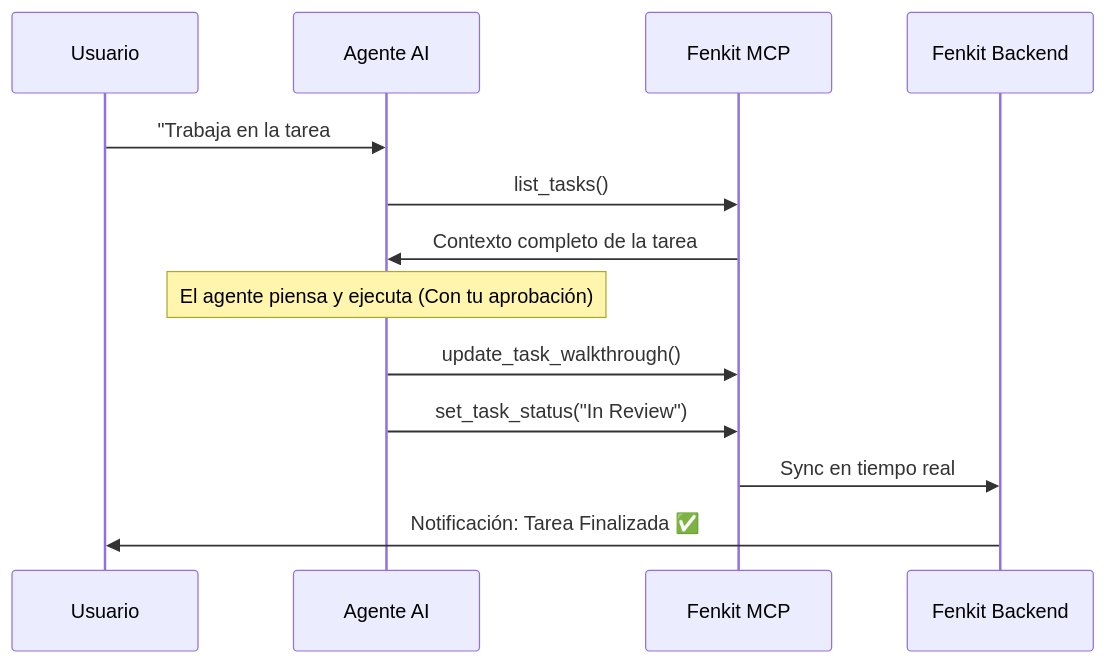
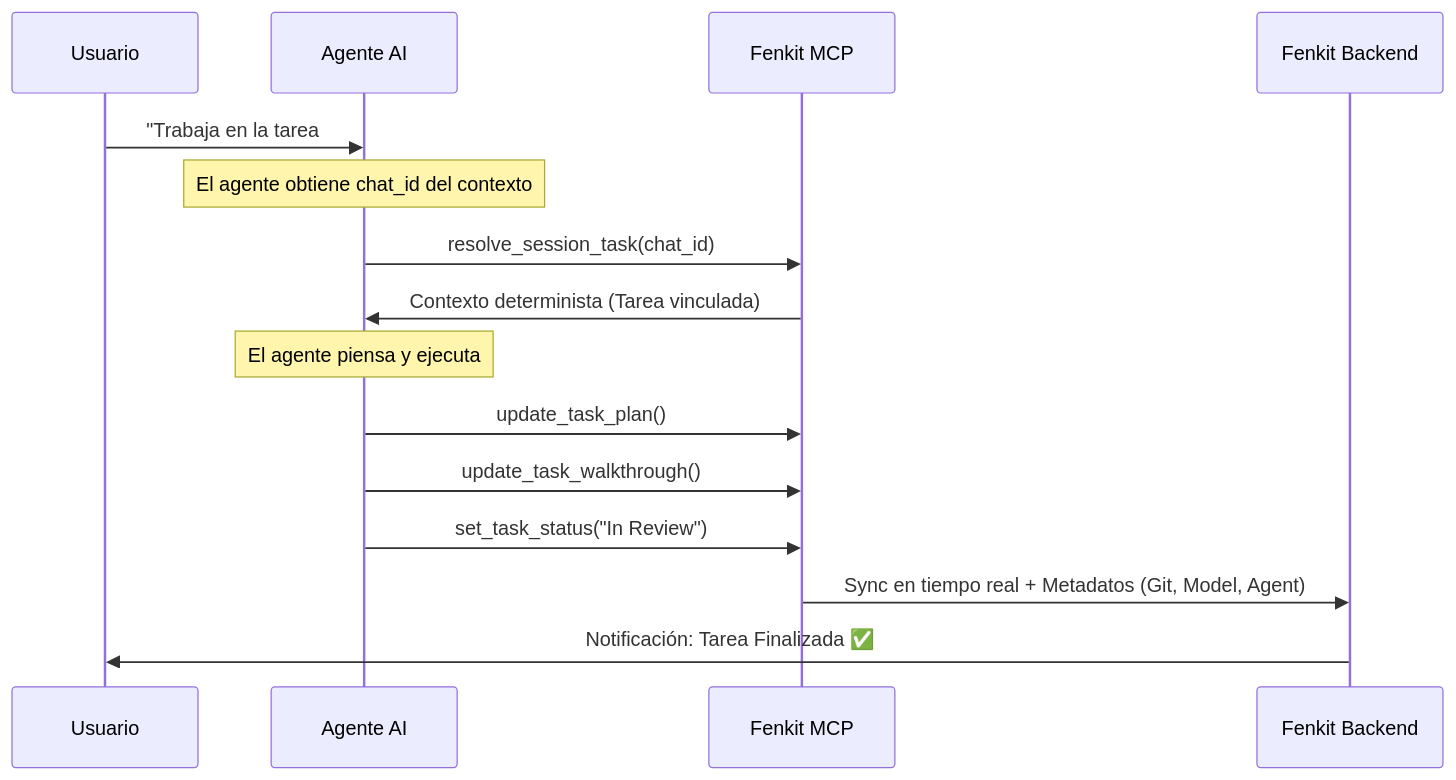
The diagram in README.md (DiegoEDG/fenkit-mcp), drawn with Mermaid before and after one commit. The commit also changed other lines of this file, not shown here.

````diff
--- a/README.md
+++ b/README.md
@@ -19,16 +19,18 @@
 ```mermaid
 sequenceDiagram
     participant U as Usuario
     participant A as Agente AI
     participant M as Fenkit MCP
     participant B as Fenkit Backend
 
     U->>A: "Trabaja en la tarea #42"
-    A->>M: list_tasks()
-    M->>A: Contexto completo de la tarea
-    Note over A: El agente piensa y ejecuta (Con tu aprobación)
+    Note over A: El agente obtiene chat_id del contexto
+    A->>M: resolve_session_task(chat_id)
+    M->>A: Contexto determinista (Tarea vinculada)
+    Note over A: El agente piensa y ejecuta
+    A->>M: update_task_plan()
     A->>M: update_task_walkthrough()
     A->>M: set_task_status("In Review")
-    M->>B: Sync en tiempo real
+    M->>B: Sync en tiempo real + Metadatos (Git, Model, Agent)
     B->>U: Notificación: Tarea Finalizada ✅
 ```
````
